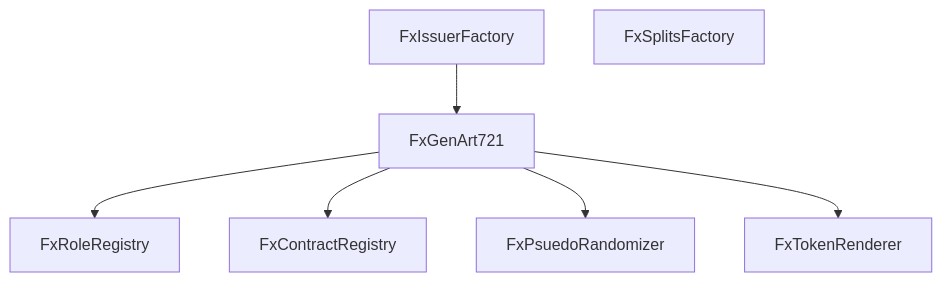
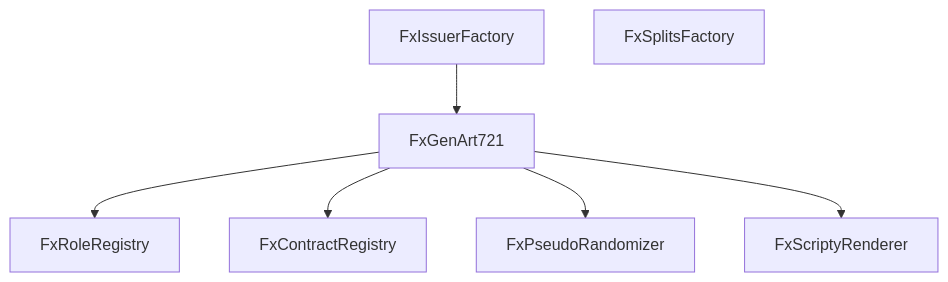
The diagram in README.md (fxhash/fxhash-evm-core), drawn with Mermaid before and after one commit. The commit also changed other lines of this file and 2 other files, not shown here.

````diff
--- a/README.md
+++ b/README.md
@@ -21,9 +27,9 @@
 ```mermaid
 graph TD
 B[FxGenArt721]--> A[FxRoleRegistry]
 C[FxIssuerFactory] --> B
 B --> D[FxContractRegistry]
 E[FxSplitsFactory]
-B --> F[FxPsuedoRandomizer]
-B --> G[FxTokenRenderer]
+B --> F[FxPseudoRandomizer]
+B --> G[FxScriptyRenderer]
 ```
````
